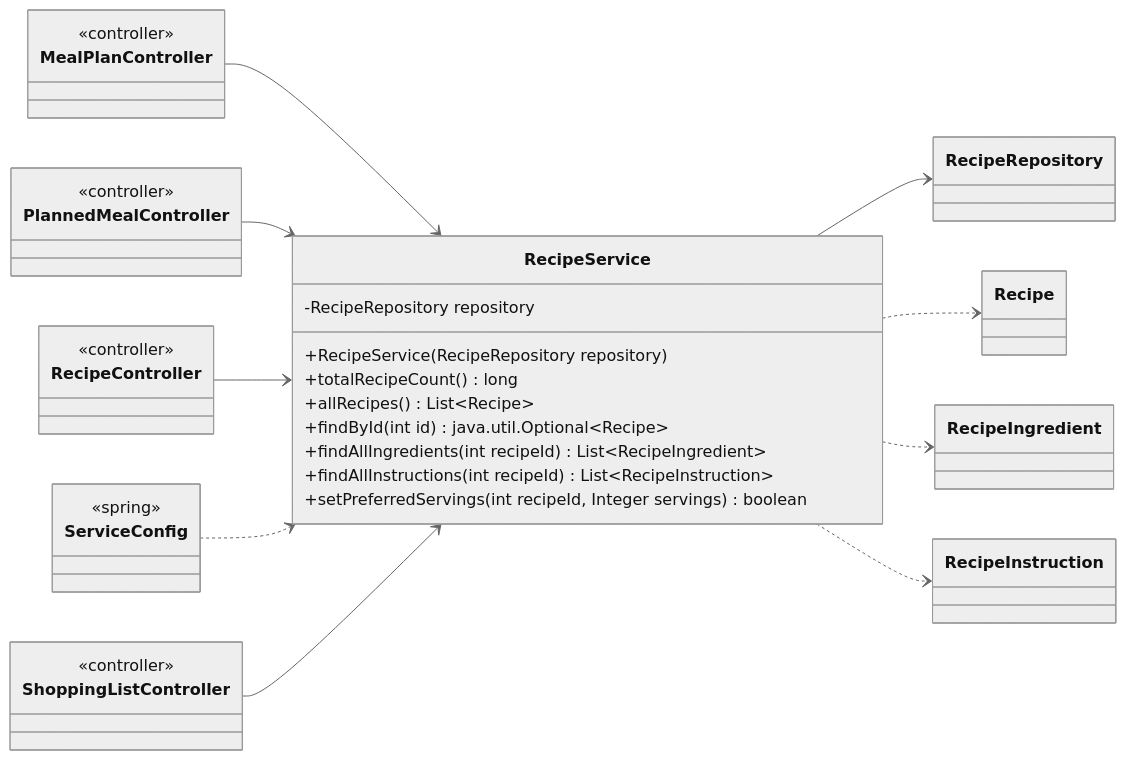
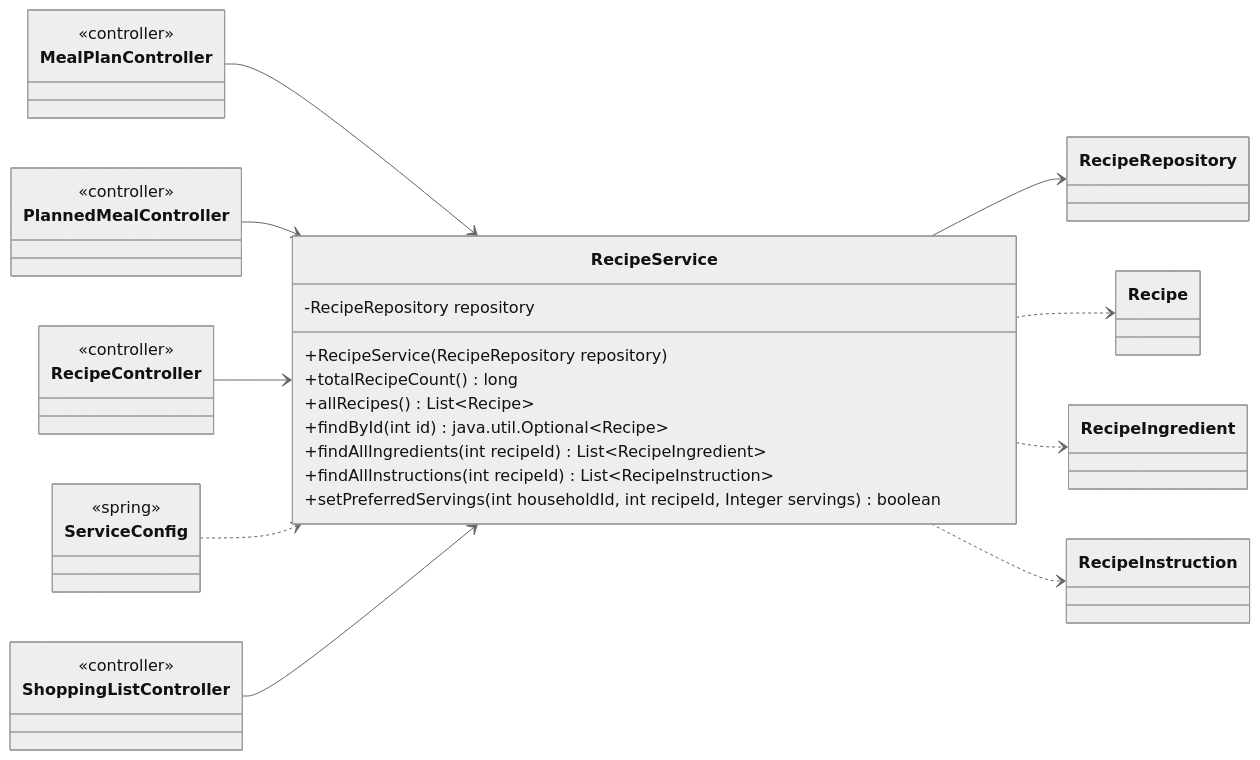
One commit to Nate-ryan-7690/dahaem changed diagram 21 of 26 in docs/classes/mealplanner.md. Above: the diagram before and after it, drawn with Mermaid (neutral theme). The commit also changed other lines of this file and 2 other files, not shown here.

````diff
--- a/docs/classes/mealplanner.md
+++ b/docs/classes/mealplanner.md
@@ -1282,42 +1282,42 @@
 ```mermaid
 classDiagram
     direction LR
     class mealplanner_RecipeService["RecipeService"] {
         -RecipeRepository repository
         +RecipeService(RecipeRepository repository)
         +totalRecipeCount() long
         +allRecipes() List~Recipe~
         +findById(int id) java.util.Optional~Recipe~
         +findAllIngredients(int recipeId) List~RecipeIngredient~
         +findAllInstructions(int recipeId) List~RecipeInstruction~
-        +setPreferredServings(int recipeId, Integer servings) boolean
+        +setPreferredServings(int householdId, int recipeId, Integer servings) boolean
     }
     class mealplanner_RecipeRepository["RecipeRepository"]
     class api_MealPlanController["MealPlanController"] {
         <<controller>>
     }
     class api_PlannedMealController["PlannedMealController"] {
         <<controller>>
     }
     class api_RecipeController["RecipeController"] {
         <<controller>>
     }
     class api_ShoppingListController["ShoppingListController"] {
         <<controller>>
     }
     class mealplanner_Recipe["Recipe"]
     class mealplanner_RecipeIngredient["RecipeIngredient"]
     class mealplanner_RecipeInstruction["RecipeInstruction"]
     class api_ServiceConfig["ServiceConfig"] {
         <<spring>>
     }
     mealplanner_RecipeService --> mealplanner_RecipeRepository
     mealplanner_RecipeService ..> mealplanner_Recipe
     mealplanner_RecipeService ..> mealplanner_RecipeIngredient
     mealplanner_RecipeService ..> mealplanner_RecipeInstruction
     api_MealPlanController --> mealplanner_RecipeService
     api_PlannedMealController --> mealplanner_RecipeService
     api_RecipeController --> mealplanner_RecipeService
     api_ServiceConfig ..> mealplanner_RecipeService
     api_ShoppingListController --> mealplanner_RecipeService
 ```
````
